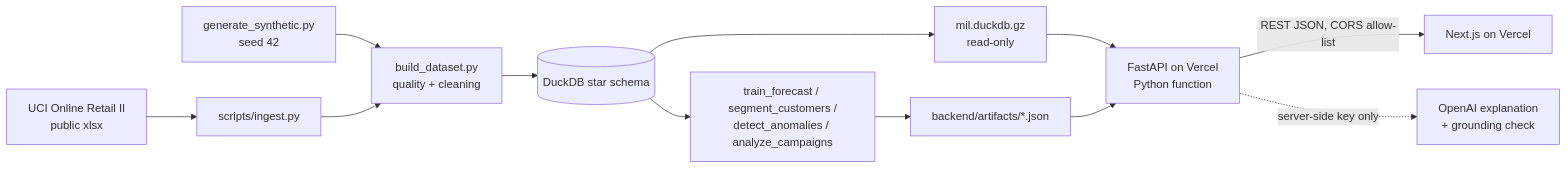
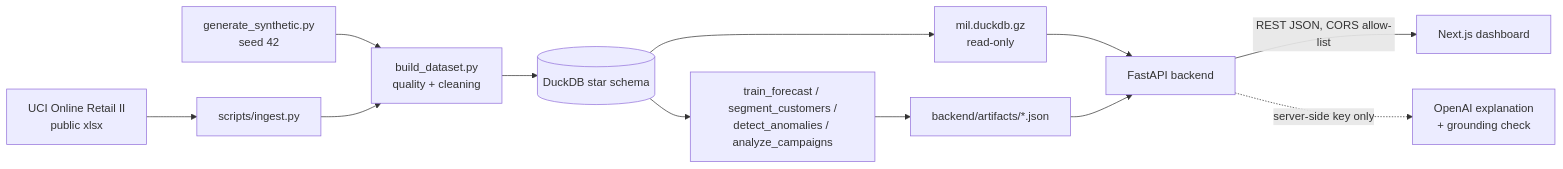
One commit to shahil5z/market-intelligence-lab changed the diagram in README.md. Above: the diagram before and after it, drawn with Mermaid. The commit also changed other lines of this file and 11 other files, not shown here.

````diff
--- a/README.md
+++ b/README.md
@@ -116,14 +129,14 @@
 ```mermaid
 flowchart LR
   A[UCI Online Retail II<br/>public xlsx] --> B[scripts/ingest.py]
   S[generate_synthetic.py<br/>seed 42] --> C
   B --> C[build_dataset.py<br/>quality + cleaning]
   C --> D[(DuckDB star schema)]
   D --> E[train_forecast / segment_customers /<br/>detect_anomalies / analyze_campaigns]
   E --> F[backend/artifacts/*.json]
   D --> P[mil.duckdb.gz<br/>read-only]
-  P --> G[FastAPI on Vercel<br/>Python function]
+  P --> G[FastAPI backend]
   F --> G
-  G -->|REST JSON, CORS allow-list| H[Next.js on Vercel]
+  G -->|REST JSON, CORS allow-list| H[Next.js dashboard]
   G -.server-side key only.-> I[OpenAI explanation<br/>+ grounding check]
 ```
````
